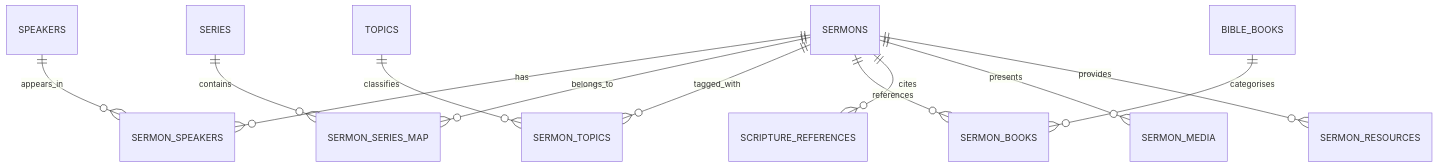
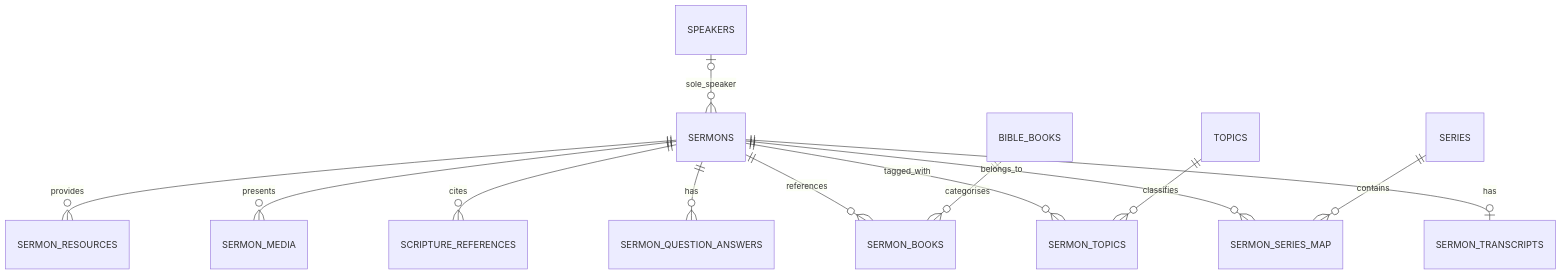
The third of 5 diagrams in church-website-architecture-plan.md (samuelsaad/SavingGraceBibleChurchWebsite), drawn with Mermaid before and after one commit. The commit also changed other lines of this file and 48 other files, not shown here.

````diff
--- a/church-website-architecture-plan.md
+++ b/church-website-architecture-plan.md
@@ -733,14 +746,15 @@
 ```mermaid
 erDiagram
-    SERMONS ||--o{ SERMON_SPEAKERS : has
-    SPEAKERS ||--o{ SERMON_SPEAKERS : appears_in
+    SPEAKERS o|--o{ SERMONS : sole_speaker
+    SERMONS ||--o| SERMON_TRANSCRIPTS : has
+    SERMONS ||--o{ SERMON_QUESTION_ANSWERS : has
     SERMONS ||--o{ SERMON_SERIES_MAP : belongs_to
     SERIES ||--o{ SERMON_SERIES_MAP : contains
     SERMONS ||--o{ SERMON_TOPICS : tagged_with
     TOPICS ||--o{ SERMON_TOPICS : classifies
     SERMONS ||--o{ SERMON_BOOKS : references
     BIBLE_BOOKS ||--o{ SERMON_BOOKS : categorises
     SERMONS ||--o{ SCRIPTURE_REFERENCES : cites
     SERMONS ||--o{ SERMON_MEDIA : presents
     SERMONS ||--o{ SERMON_RESOURCES : provides
 ```
````
